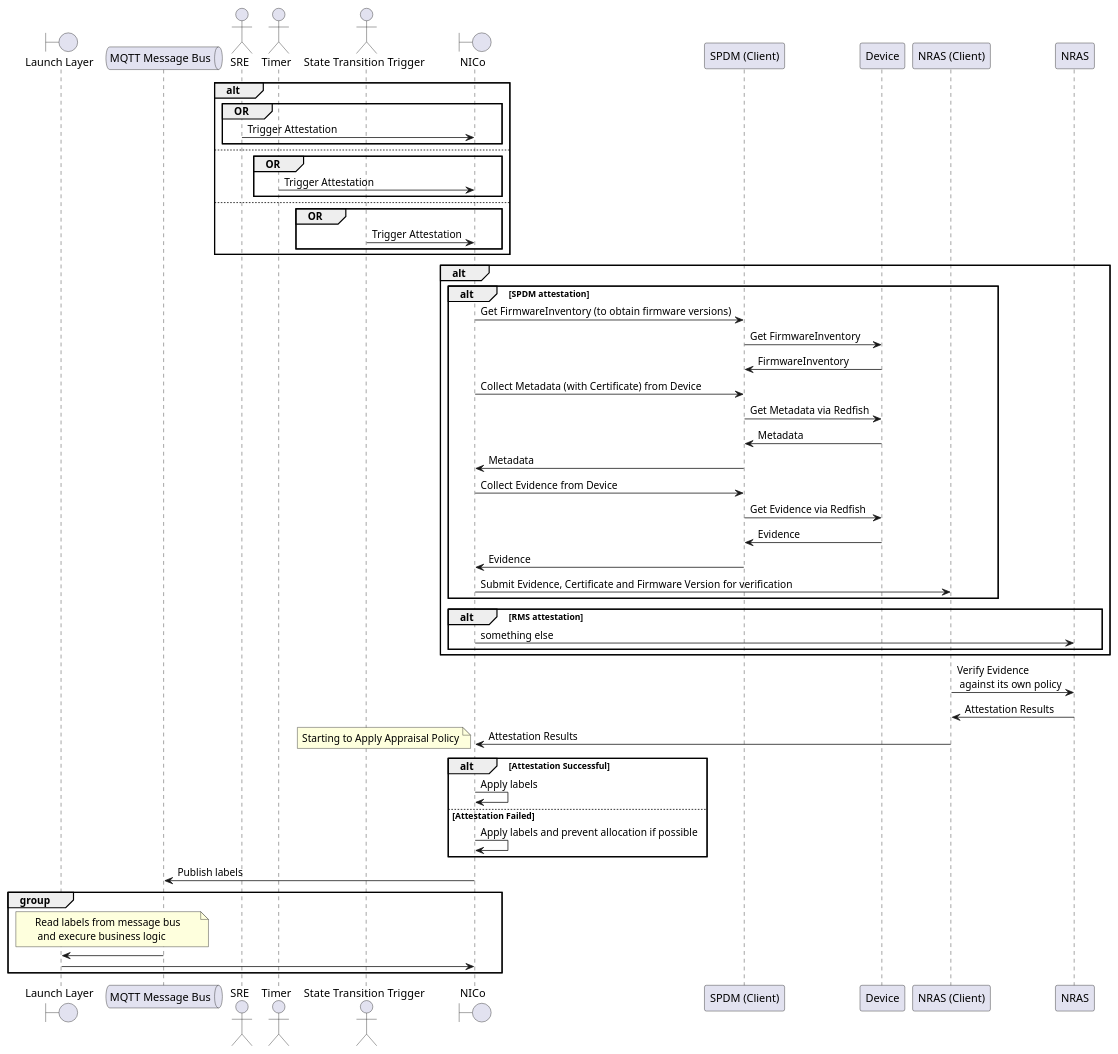
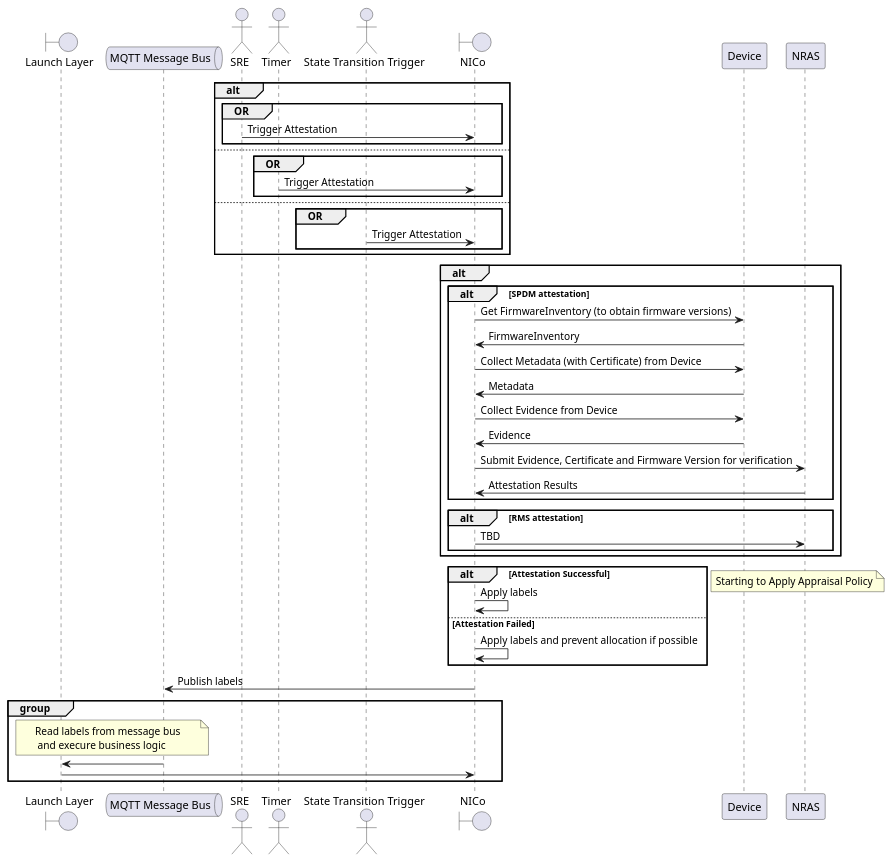
One commit to kbakanov-dev/bare-metal-manager-core changed the second of 2 diagrams in docs/design/nico-attestation/nico-attestation.md. Above: the diagram before and after it, drawn with PlantUML. The commit also changed other lines of this file, not shown here.

Commit message:
docs: minor updates

````diff
--- a/docs/design/nico-attestation/nico-attestation.md
+++ b/docs/design/nico-attestation/nico-attestation.md
@@ -43,76 +51,67 @@
 ```plantuml
+@startuml
 boundary "Launch Layer" as LL
 queue "MQTT Message Bus" as MBUS
 
 actor SRE as SRE
 actor Timer as TIMER
 actor "State Transition Trigger" as STATE_TRIGGER
 
 boundary NICo as CARBIDE
-participant "SPDM (Client)" as SPDM_CLIENT
 participant Device as DEVICE
-participant "NRAS (Client)" as NRAS_CLIENT
 participant NRAS as NRAS
 
 alt
   group OR
     SRE -> CARBIDE: Trigger Attestation
   end
 else
   group OR
     TIMER -> CARBIDE: Trigger Attestation
   end
 else
   group OR
     STATE_TRIGGER -> CARBIDE: Trigger Attestation
   end
 end
 
 alt 
 alt SPDM attestation
-  CARBIDE -> SPDM_CLIENT : Get FirmwareInventory (to obtain firmware versions)
-  SPDM_CLIENT -> DEVICE : Get FirmwareInventory
-  DEVICE -> SPDM_CLIENT : FirmwareInventory
+  CARBIDE -> DEVICE : Get FirmwareInventory (to obtain firmware versions)
+  DEVICE -> CARBIDE: FirmwareInventory
 
-  CARBIDE -> SPDM_CLIENT : Collect Metadata (with Certificate) from Device
-  SPDM_CLIENT -> DEVICE : Get Metadata via Redfish
-  DEVICE -> SPDM_CLIENT : Metadata
-  SPDM_CLIENT -> CARBIDE : Metadata
+  CARBIDE -> DEVICE : Collect Metadata (with Certificate) from Device
+  DEVICE -> CARBIDE: Metadata
 
-  CARBIDE -> SPDM_CLIENT : Collect Evidence from Device
-  SPDM_CLIENT -> DEVICE : Get Evidence via Redfish
-  DEVICE -> SPDM_CLIENT : Evidence
-  SPDM_CLIENT -> CARBIDE : Evidence
+  CARBIDE -> DEVICE : Collect Evidence from Device
+  DEVICE -> CARBIDE: Evidence
 
-
-  CARBIDE -> NRAS_CLIENT : Submit Evidence, Certificate and Firmware Version for verification
+  CARBIDE -> NRAS : Submit Evidence, Certificate and Firmware Version for verification
+  NRAS -> CARBIDE: Attestation Results
 end
 
 alt RMS attestation
-  CARBIDE -> NRAS: something else
+  CARBIDE -> NRAS: TBD
 end
 
 end
-
-NRAS_CLIENT -> NRAS : Verify Evidence \n against its own policy
-NRAS -> NRAS_CLIENT : Attestation Results
-NRAS_CLIENT -> CARBIDE : Attestation Results
-
-note left
-  Starting to Apply Appraisal Policy
-end note
 
 alt Attestation Successful
   CARBIDE -> CARBIDE : Apply labels
 else Attestation Failed
   CARBIDE -> CARBIDE: Apply labels and prevent allocation if possible
 end
+
+note left
+  Starting to Apply Appraisal Policy
+end note
 
 CARBIDE -> MBUS: Publish labels
 
 group 
   note over LL, MBUS: Read labels from message bus \n and execure business logic
   LL <- MBUS: 
   LL -> CARBIDE:
 end
+@enduml
 ```
````
